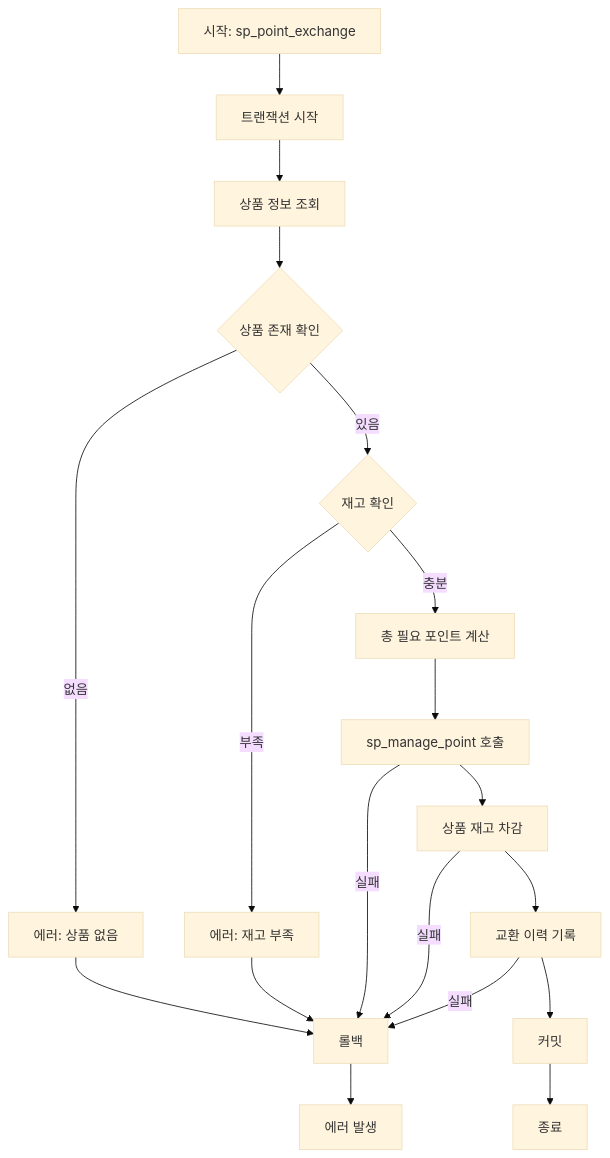
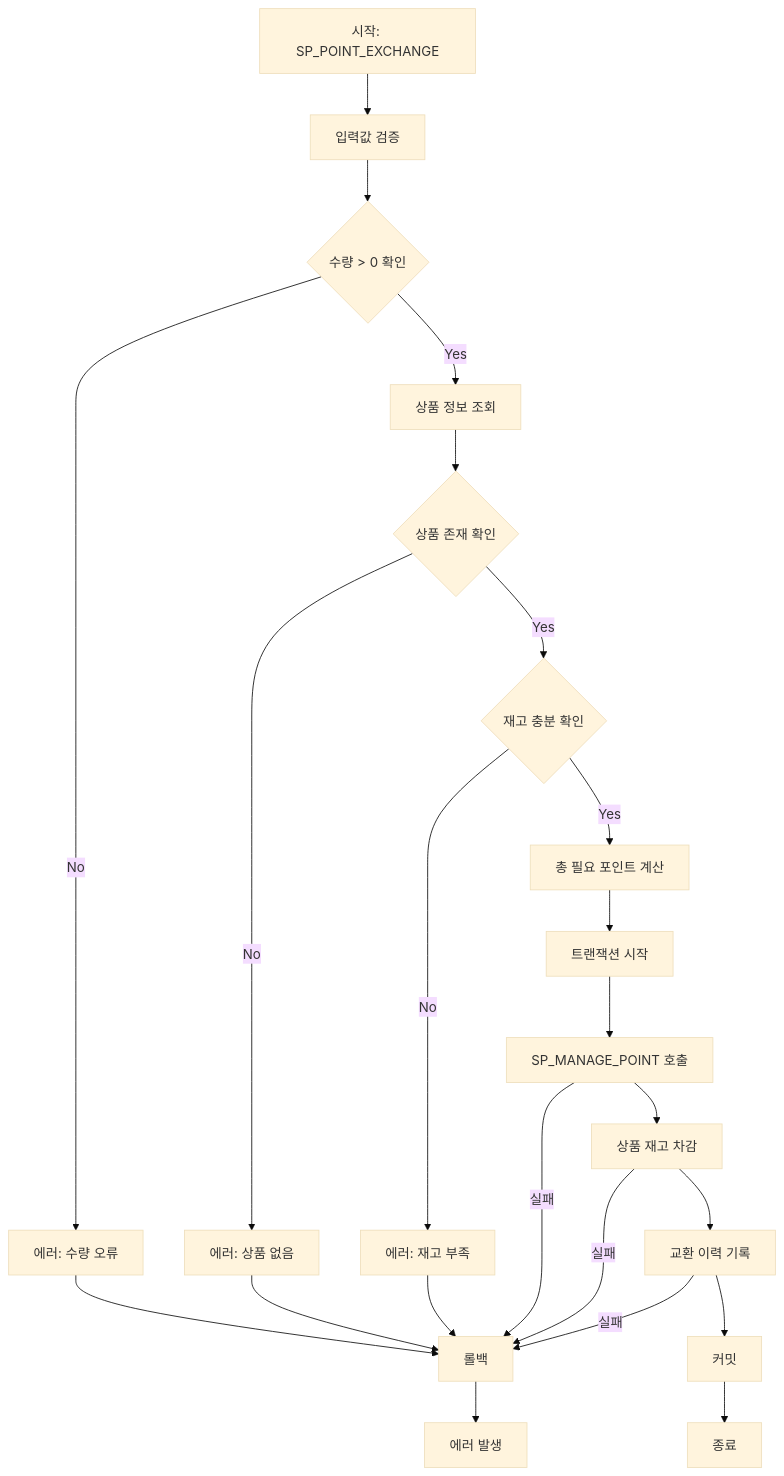
Before and after one commit to DBDIBABIDIBU/be15-1st-DBDIBABDBU-mobile_receipt: the diagram in src/mobile-receipt/point/diagram_point_exchange.md, drawn with Mermaid (base theme). The commit also changed 1 other file, not shown here.

Commit message:
refactor: 포인트 물품 교환 DB컨벤션 준수, 트랜잭션 범위 축소

````diff
--- a/src/mobile-receipt/point/diagram_point_exchange.md
+++ b/src/mobile-receipt/point/diagram_point_exchange.md
@@ -1,26 +1,30 @@
 ```mermaid
 flowchart TD
-    A[시작: sp_point_exchange] --> B[트랜잭션 시작]
+    A[시작: SP_POINT_EXCHANGE] --> B[입력값 검증]
+    B --> C{수량 > 0 확인}
+    C -->|No| D[에러: 수량 오류]
+    C -->|Yes| E[상품 정보 조회]
 
-    B --> C[상품 정보 조회]
-    C --> D{상품 존재 확인}
-    D -->|없음| E[에러: 상품 없음]
-    D -->|있음| F{재고 확인}
+    E --> F{상품 존재 확인}
+    F -->|No| G[에러: 상품 없음]
+    F -->|Yes| H{재고 충분 확인}
 
-    F -->|부족| G[에러: 재고 부족]
-    F -->|충분| H[총 필요 포인트 계산]
-    H --> I[sp_manage_point 호출]
+    H -->|No| I[에러: 재고 부족]
+    H -->|Yes| J[총 필요 포인트 계산]
 
-    I --> J[상품 재고 차감]
-    J --> K[교환 이력 기록]
-    K --> L[커밋]
-    L --> M[종료]
+    J --> K[트랜잭션 시작]
+    K --> L[SP_MANAGE_POINT 호출]
+    L --> M[상품 재고 차감]
+    M --> N[교환 이력 기록]
+    N --> O[커밋]
+    O --> P[종료]
 
     %% 에러 처리
-    E --> N[롤백]
-    G --> N
-    I -->|실패| N
-    J -->|실패| N
-    K -->|실패| N
-    N --> O[에러 발생]
+    D --> Q[롤백]
+    G --> Q
+    I --> Q
+    L -->|실패| Q
+    M -->|실패| Q
+    N -->|실패| Q
+    Q --> R[에러 발생]
 ```
````
